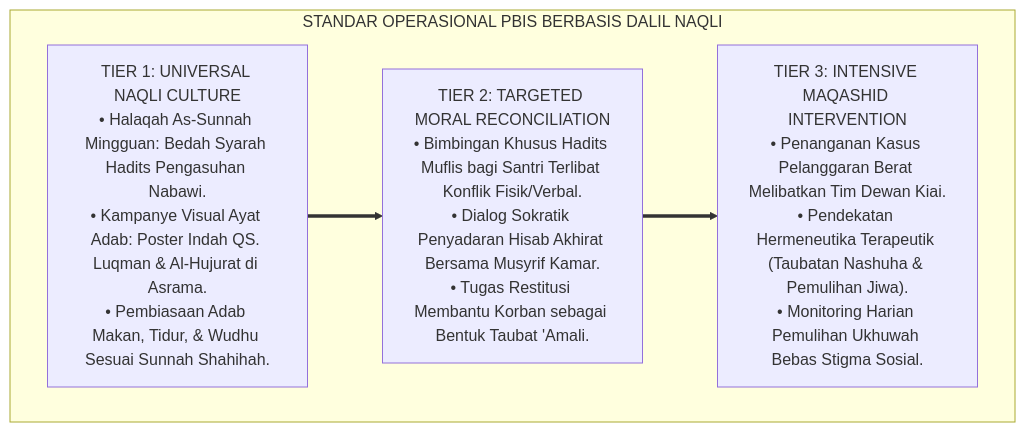
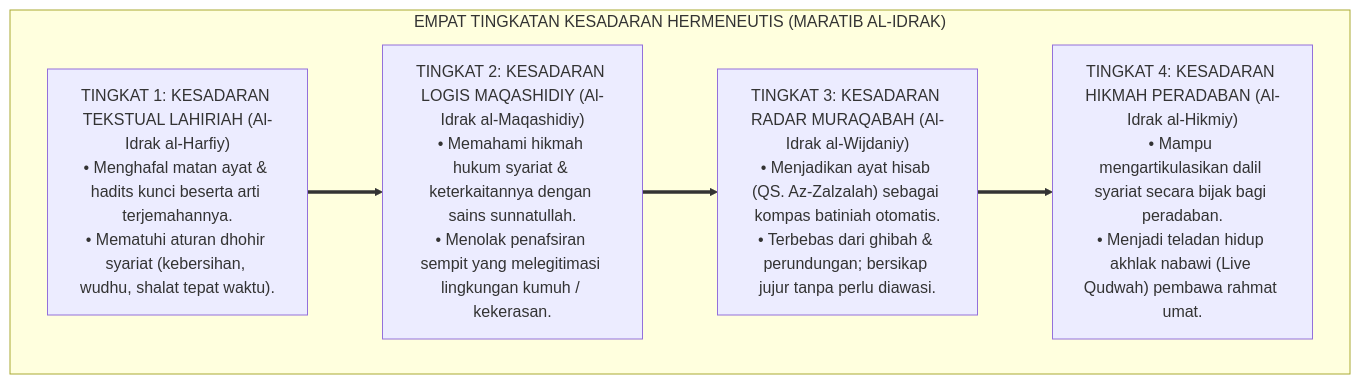
One commit to wandiapriliyandi/tumbuh changed the third of 4 diagrams in 01 Philosophy/01 Worldview/01 Hakikat Realitas/P1-01-01-03-Validasi-Dalil.md. Above: the diagram before and after it, drawn with Mermaid. The commit also changed other lines of this file and 8 other files, not shown here.

Commit message:
refactor(methodology): penegasan penahapan epistemologis (Domain-Specific Staging) & eliminasi prematur J1-J4 di Domain 01 Philosophy diganti Maratib al-Idrak

````diff
--- a/01 Philosophy/01 Worldview/01 Hakikat Realitas/P1-01-01-03-Validasi-Dalil.md
+++ b/01 Philosophy/01 Worldview/01 Hakikat Realitas/P1-01-01-03-Validasi-Dalil.md
@@ -237,13 +158,15 @@
 ```mermaid
 flowchart TD
-    subgraph ProtokolHermeneutikaPBIS["STANDAR OPERASIONAL PBIS BERBASIS DALIL NAQLI"]
+    subgraph TingkatanKesadaranDalil["EMPAT TINGKATAN KESADARAN HERMENEUTIS (MARATIB AL-IDRAK)"]
         
-        Tier1_B["TIER 1: UNIVERSAL NAQLI CULTURE<br/>• Halaqah As-Sunnah Mingguan: Bedah Syarah Hadits Pengasuhan Nabawi.<br/>• Kampanye Visual Ayat Adab: Poster Indah QS. Luqman & Al-Hujurat di Asrama.<br/>• Pembiasaan Adab Makan, Tidur, & Wudhu Sesuai Sunnah Shahihah."]
+        H1["TINGKAT 1: KESADARAN TEKSTUAL LAHIRIAH (Al-Idrak al-Harfiy)<br/>• Menghafal matan ayat & hadits kunci beserta arti terjemahannya.<br/>• Mematuhi aturan dhohir syariat (kebersihan, wudhu, shalat tepat waktu)."]
         
-        Tier2_B["TIER 2: TARGETED MORAL RECONCILIATION<br/>• Bimbingan Khusus Hadits Muflis bagi Santri Terlibat Konflik Fisik/Verbal.<br/>• Dialog Sokratik Penyadaran Hisab Akhirat Bersama Musyrif Kamar.<br/>• Tugas Restitusi Membantu Korban sebagai Bentuk Taubat 'Amali."]
+        H2["TINGKAT 2: KESADARAN LOGIS MAQASHIDIY (Al-Idrak al-Maqashidiy)<br/>• Memahami hikmah hukum syariat & keterkaitannya dengan sains sunnatullah.<br/>• Menolak penafsiran sempit yang melegitimasi lingkungan kumuh / kekerasan."]
         
-        Tier3_B["TIER 3: INTENSIVE MAQASHID INTERVENTION<br/>• Penanganan Kasus Pelanggaran Berat Melibatkan Tim Dewan Kiai.<br/>• Pendekatan Hermeneutika Terapeutik (Taubatan Nashuha & Pemulihan Jiwa).<br/>• Monitoring Harian Pemulihan Ukhuwah Bebas Stigma Sosial."]
+        H3["TINGKAT 3: KESADARAN RADAR MURAQABAH (Al-Idrak al-Wijdaniy)<br/>• Menjadikan ayat hisab (QS. Az-Zalzalah) sebagai kompas batiniah otomatis.<br/>• Terbebas dari ghibah & perundungan; bersikap jujur tanpa perlu diawasi."]
         
-        Tier1_B ==> Tier2_B ==> Tier3_B
+        H4["TINGKAT 4: KESADARAN HIKMAH PERADABAN (Al-Idrak al-Hikmiy)<br/>• Mampu mengartikulasikan dalil syariat secara bijak bagi peradaban.<br/>• Menjadi teladan hidup akhlak nabawi (Live Qudwah) pembawa rahmat umat."]
+        
+        H1 ==> H2 ==> H3 ==> H4
     end
 ```
````
